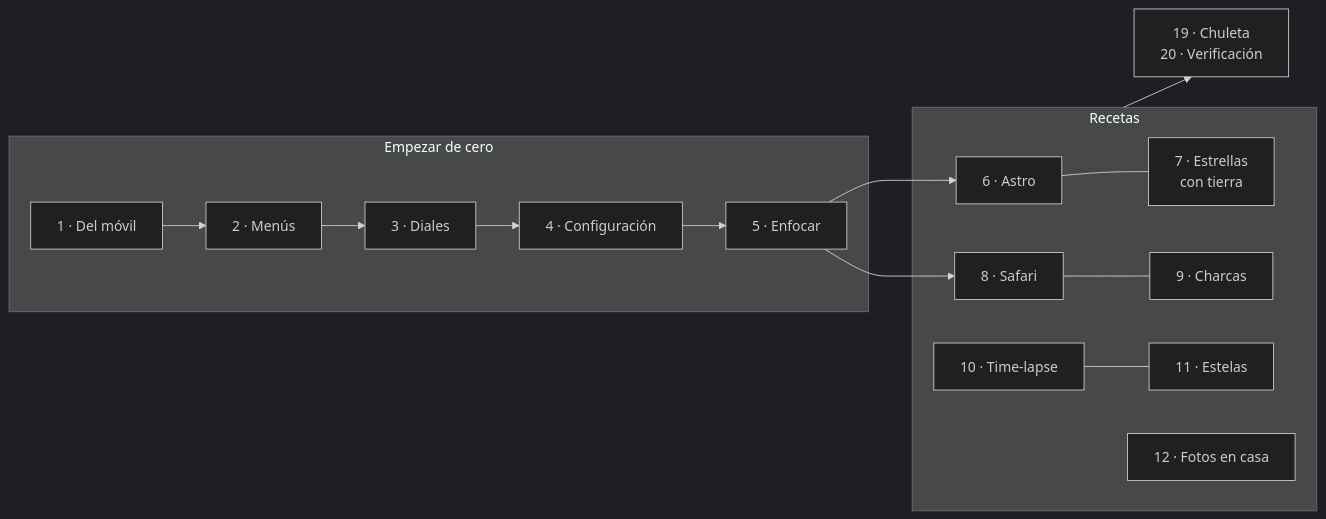
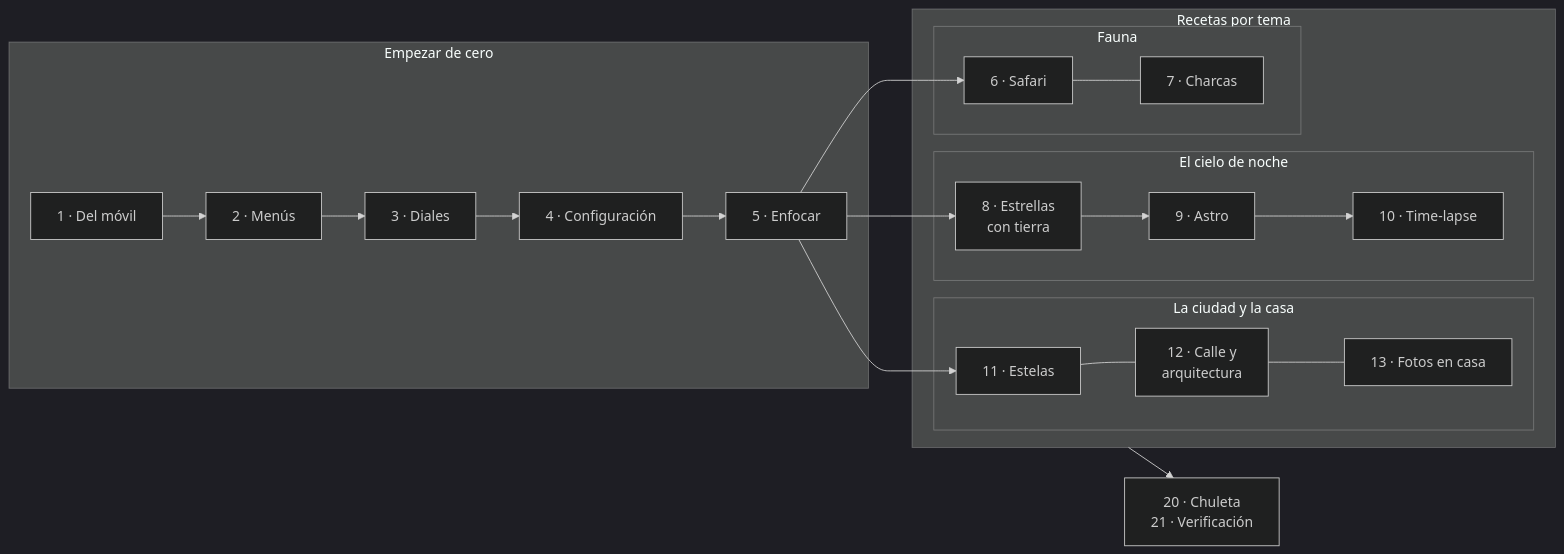
The diagram in manejo-a6700/README.md (morandeirachema/Foto), drawn with Mermaid (dark theme) before and after one commit. The commit also changed other lines of this file and 63 other files, not shown here.

````diff
--- a/manejo-a6700/README.md
+++ b/manejo-a6700/README.md
@@ -24,15 +24,21 @@
 ```mermaid
 flowchart LR
     subgraph P1["Empezar de cero"]
       A[1 · Del móvil] --> B[2 · Menús] --> C[3 · Diales] --> D[4 · Configuración] --> E[5 · Enfocar]
     end
-    subgraph P2["Recetas"]
-      F[6 · Astro] --- G[7 · Estrellas<br/>con tierra]
-      H[8 · Safari] --- I[9 · Charcas]
-      K[10 · Time-lapse] --- L[11 · Estelas]
-      M[12 · Fotos en casa]
+    subgraph P2["Recetas por tema"]
+      subgraph F1["Fauna"]
+        H[6 · Safari] --- I[7 · Charcas]
+      end
+      subgraph F2["El cielo de noche"]
+        G[8 · Estrellas<br/>con tierra] --> F[9 · Astro] --> K[10 · Time-lapse]
+      end
+      subgraph F3["La ciudad y la casa"]
+        L[11 · Estelas] --- N[12 · Calle y<br/>arquitectura] --- M[13 · Fotos en casa]
+      end
     end
-    E --> F
     E --> H
-    P2 --> J[19 · Chuleta<br/>20 · Verificación]
+    E --> G
+    E --> L
+    P2 --> J[20 · Chuleta<br/>21 · Verificación]
 ```
````
